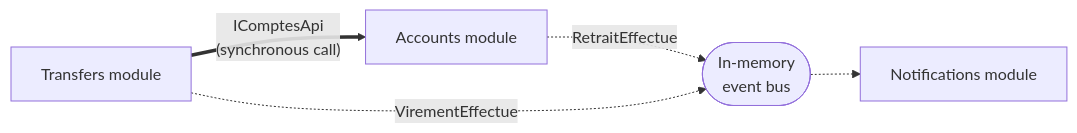
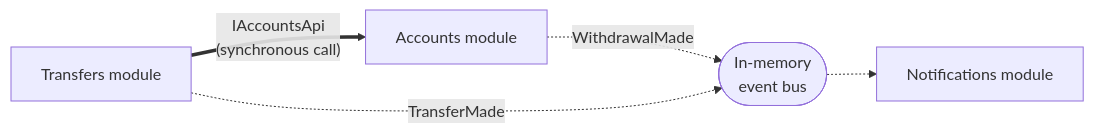
One commit to drangoht/ArchitecturesDemo changed the diagram in Docs/en/fiches/07-monolithe-modulaire.md. Above: the diagram before and after it, drawn with Mermaid. The commit also changed other lines of this file and 78 other files, not shown here.

First line of the commit message:
Docs EN : identifiants, liens, diagrammes et sorties alignés sur le code anglais

````diff
--- a/Docs/en/fiches/07-monolithe-modulaire.md
+++ b/Docs/en/fiches/07-monolithe-modulaire.md
@@ -12,7 +12,7 @@
 ```mermaid
 flowchart LR
-    V["Transfers module"] ==>|"IComptesApi<br/>(synchronous call)"| C["Accounts module"]
-    C -.->|RetraitEffectue| B(["In-memory<br/>event bus"])
-    V -.->|VirementEffectue| B
+    V["Transfers module"] ==>|"IAccountsApi<br/>(synchronous call)"| C["Accounts module"]
+    C -.->|WithdrawalMade| B(["In-memory<br/>event bus"])
+    V -.->|TransferMade| B
     B -.-> N["Notifications module"]
 ```
````
